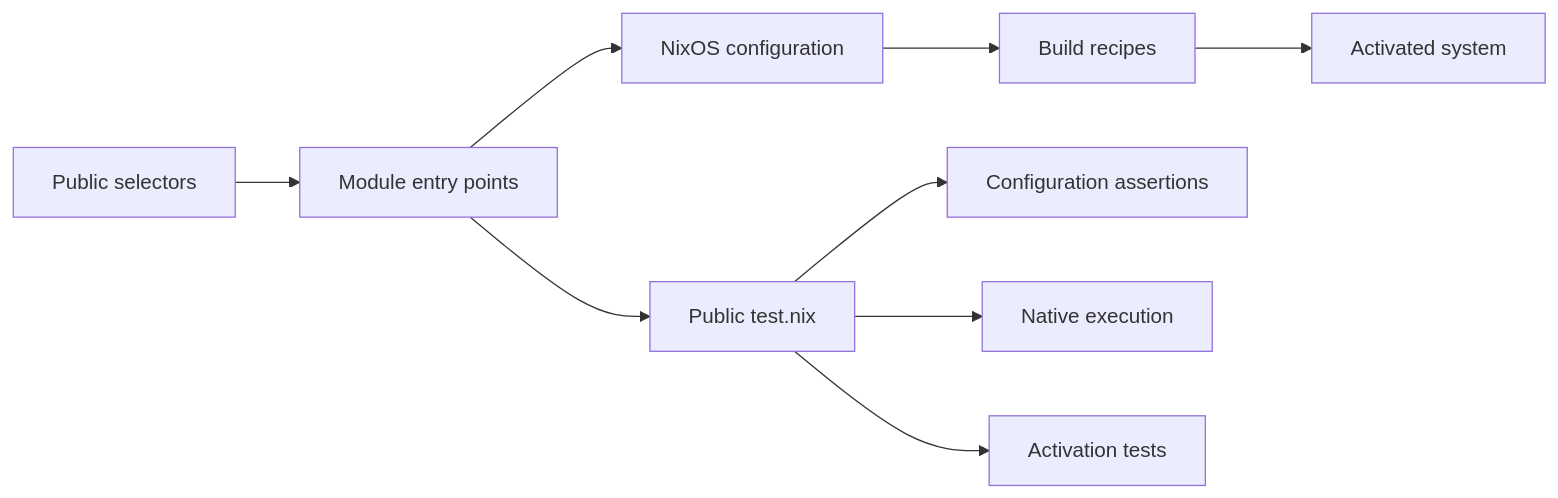
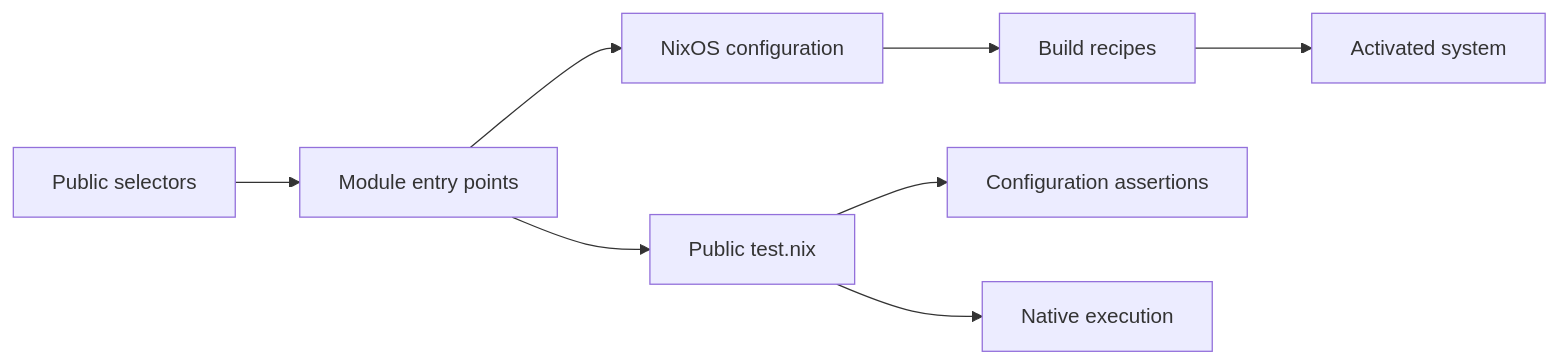
One commit to limanix/modules changed the diagram in catalog/README.md. Above: the diagram before and after it, drawn with Mermaid. The commit also changed other lines of this file and 106 other files, not shown here.

````diff
--- a/catalog/README.md
+++ b/catalog/README.md
@@ -11,11 +11,10 @@
 ```mermaid
 flowchart LR
     selectors[Public selectors] --> module[Module entry points]
     module --> config[NixOS configuration]
     config --> recipes[Build recipes]
     recipes --> system[Activated system]
     module --> tests[Public test.nix]
     tests --> eval[Configuration assertions]
     tests --> run[Native execution]
-    tests --> vm[Activation tests]
 ```
````
